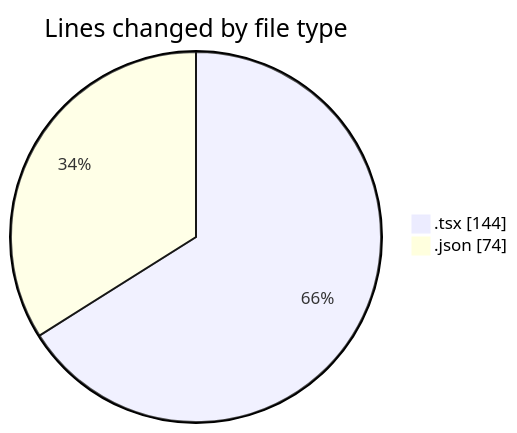
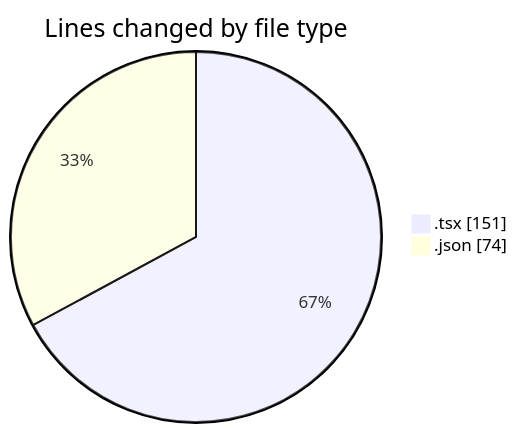
Before and after one commit to momahboobian/code-tracking: the first of 2 diagrams in 2025-04-08/cda/README.md, drawn with Mermaid. The commit also changed other lines of this file and 1 other file, not shown here.

````diff
--- a/2025-04-08/cda/README.md
+++ b/2025-04-08/cda/README.md
@@ -21,6 +21,6 @@
 ```mermaid
 pie showData
 title Lines changed by file type
-".tsx" : 144
+".tsx" : 151
 ".json" : 74
 ```
````
